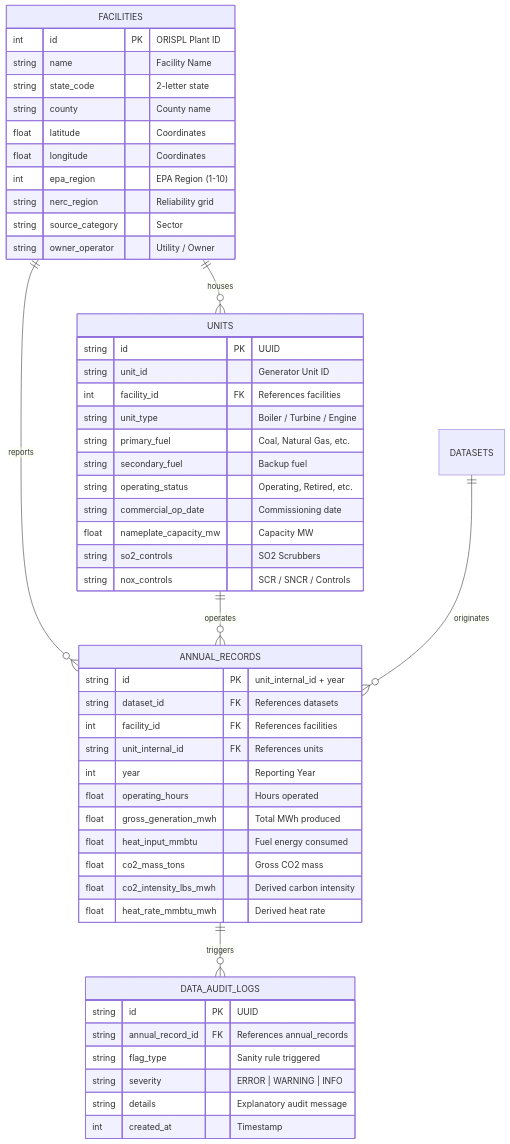
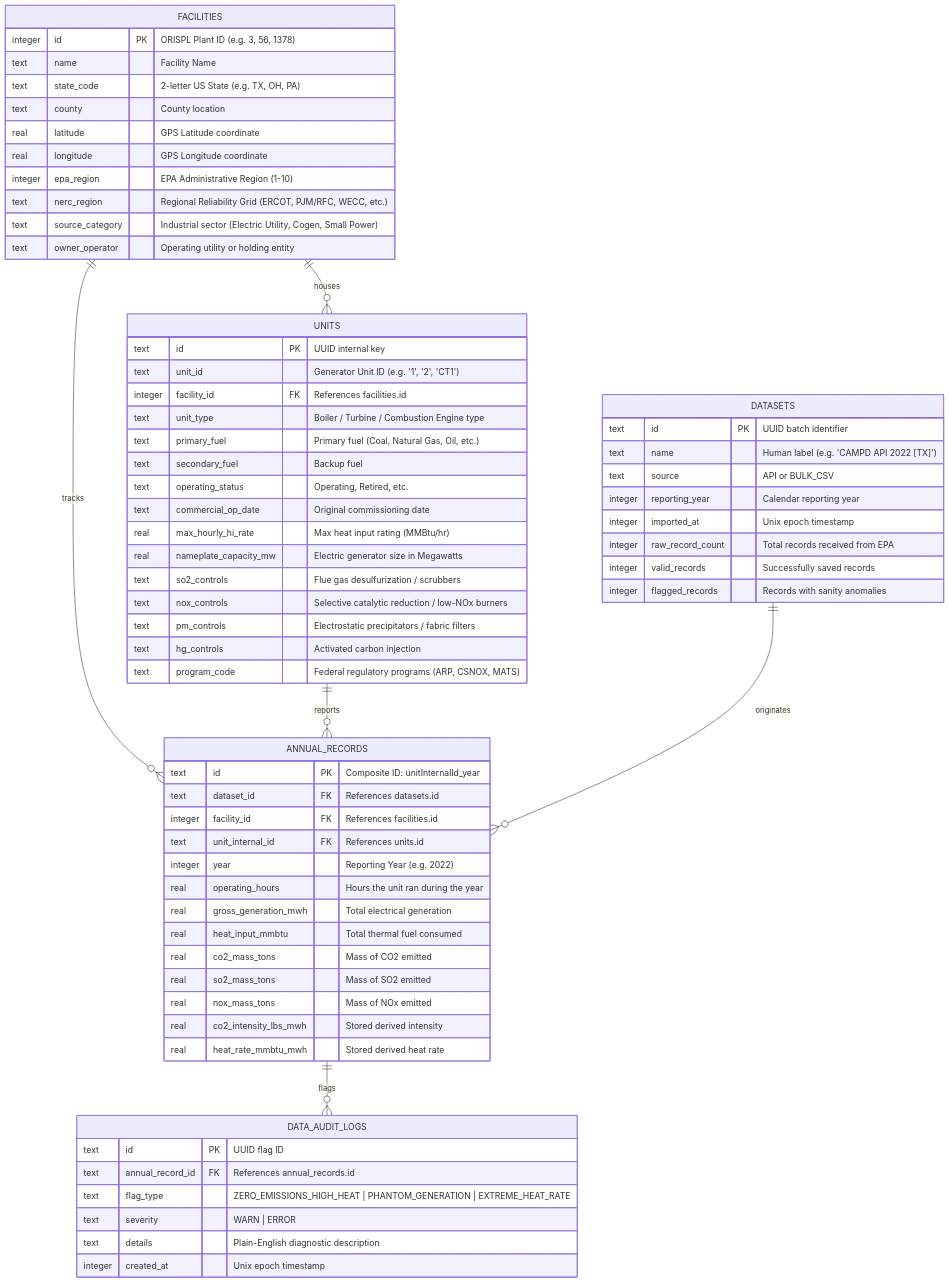
One commit to raajbanga/cs396-project changed the diagram in README.md. Above: the diagram before and after it, drawn with Mermaid. The commit also changed other lines of this file and 62 other files, not shown here.

````diff
--- a/README.md
+++ b/README.md
@@ -53,58 +67,75 @@
 ```mermaid
 erDiagram
     FACILITIES ||--o{ UNITS : "houses"
-    FACILITIES ||--o{ ANNUAL_RECORDS : "reports"
-    UNITS ||--o{ ANNUAL_RECORDS : "operates"
+    FACILITIES ||--o{ ANNUAL_RECORDS : "tracks"
+    UNITS ||--o{ ANNUAL_RECORDS : "reports"
     DATASETS ||--o{ ANNUAL_RECORDS : "originates"
-    ANNUAL_RECORDS ||--o{ DATA_AUDIT_LOGS : "triggers"
+    ANNUAL_RECORDS ||--o{ DATA_AUDIT_LOGS : "flags"
 
     FACILITIES {
-        int id PK "ORISPL Plant ID"
-        string name "Facility Name"
-        string state_code "2-letter state"
-        string county "County name"
-        float latitude "Coordinates"
-        float longitude "Coordinates"
-        int epa_region "EPA Region (1-10)"
-        string nerc_region "Reliability grid"
-        string source_category "Sector"
-        string owner_operator "Utility / Owner"
+        integer id PK "ORISPL Plant ID (e.g. 3, 56, 1378)"
+        text name "Facility Name"
+        text state_code "2-letter US State (e.g. TX, OH, PA)"
+        text county "County location"
+        real latitude "GPS Latitude coordinate"
+        real longitude "GPS Longitude coordinate"
+        integer epa_region "EPA Administrative Region (1-10)"
+        text nerc_region "Regional Reliability Grid (ERCOT, PJM/RFC, WECC, etc.)"
+        text source_category "Industrial sector (Electric Utility, Cogen, Small Power)"
+        text owner_operator "Operating utility or holding entity"
     }
 
     UNITS {
-        string id PK "UUID"
-        string unit_id "Generator Unit ID"
-        int facility_id FK "References facilities"
-        string unit_type "Boiler / Turbine / Engine"
-        string primary_fuel "Coal, Natural Gas, etc."
-        string secondary_fuel "Backup fuel"
-        string operating_status "Operating, Retired, etc."
-        string commercial_op_date "Commissioning date"
-        float nameplate_capacity_mw "Capacity MW"
-        string so2_controls "SO2 Scrubbers"
-        string nox_controls "SCR / SNCR / Controls"
+        text id PK "UUID internal key"
+        text unit_id "Generator Unit ID (e.g. '1', '2', 'CT1')"
+        integer facility_id FK "References facilities.id"
+        text unit_type "Boiler / Turbine / Combustion Engine type"
+        text primary_fuel "Primary fuel (Coal, Natural Gas, Oil, etc.)"
+        text secondary_fuel "Backup fuel"
+        text operating_status "Operating, Retired, etc."
+        text commercial_op_date "Original commissioning date"
+        real max_hourly_hi_rate "Max heat input rating (MMBtu/hr)"
+        real nameplate_capacity_mw "Electric generator size in Megawatts"
+        text so2_controls "Flue gas desulfurization / scrubbers"
+        text nox_controls "Selective catalytic reduction / low-NOx burners"
+        text pm_controls "Electrostatic precipitators / fabric filters"
+        text hg_controls "Activated carbon injection"
+        text program_code "Federal regulatory programs (ARP, CSNOX, MATS)"
+    }
+
+    DATASETS {
+        text id PK "UUID batch identifier"
+        text name "Human label (e.g. 'CAMPD API 2022 [TX]')"
+        text source "API or BULK_CSV"
+        integer reporting_year "Calendar reporting year"
+        integer imported_at "Unix epoch timestamp"
+        integer raw_record_count "Total records received from EPA"
+        integer valid_records "Successfully saved records"
+        integer flagged_records "Records with sanity anomalies"
     }
 
     ANNUAL_RECORDS {
-        string id PK "unit_internal_id + year"
-        string dataset_id FK "References datasets"
-        int facility_id FK "References facilities"
-        string unit_internal_id FK "References units"
-        int year "Reporting Year"
-        float operating_hours "Hours operated"
-        float gross_generation_mwh "Total MWh produced"
-        float heat_input_mmbtu "Fuel energy consumed"
-        float co2_mass_tons "Gross CO2 mass"
-        float co2_intensity_lbs_mwh "Derived carbon intensity"
-        float heat_rate_mmbtu_mwh "Derived heat rate"
+        text id PK "Composite ID: unitInternalId_year"
+        text dataset_id FK "References datasets.id"
+        integer facility_id FK "References facilities.id"
+        text unit_internal_id FK "References units.id"
+        integer year "Reporting Year (e.g. 2022)"
+        real operating_hours "Hours the unit ran during the year"
+        real gross_generation_mwh "Total electrical generation"
+        real heat_input_mmbtu "Total thermal fuel consumed"
+        real co2_mass_tons "Mass of CO2 emitted"
+        real so2_mass_tons "Mass of SO2 emitted"
+        real nox_mass_tons "Mass of NOx emitted"
+        real co2_intensity_lbs_mwh "Stored derived intensity"
+        real heat_rate_mmbtu_mwh "Stored derived heat rate"
     }
 
     DATA_AUDIT_LOGS {
-        string id PK "UUID"
-        string annual_record_id FK "References annual_records"
-        string flag_type "Sanity rule triggered"
-        string severity "ERROR | WARNING | INFO"
-        string details "Explanatory audit message"
-        int created_at "Timestamp"
+        text id PK "UUID flag ID"
+        text annual_record_id FK "References annual_records.id"
+        text flag_type "ZERO_EMISSIONS_HIGH_HEAT | PHANTOM_GENERATION | EXTREME_HEAT_RATE"
+        text severity "WARN | ERROR"
+        text details "Plain-English diagnostic description"
+        integer created_at "Unix epoch timestamp"
     }
 ```
````
